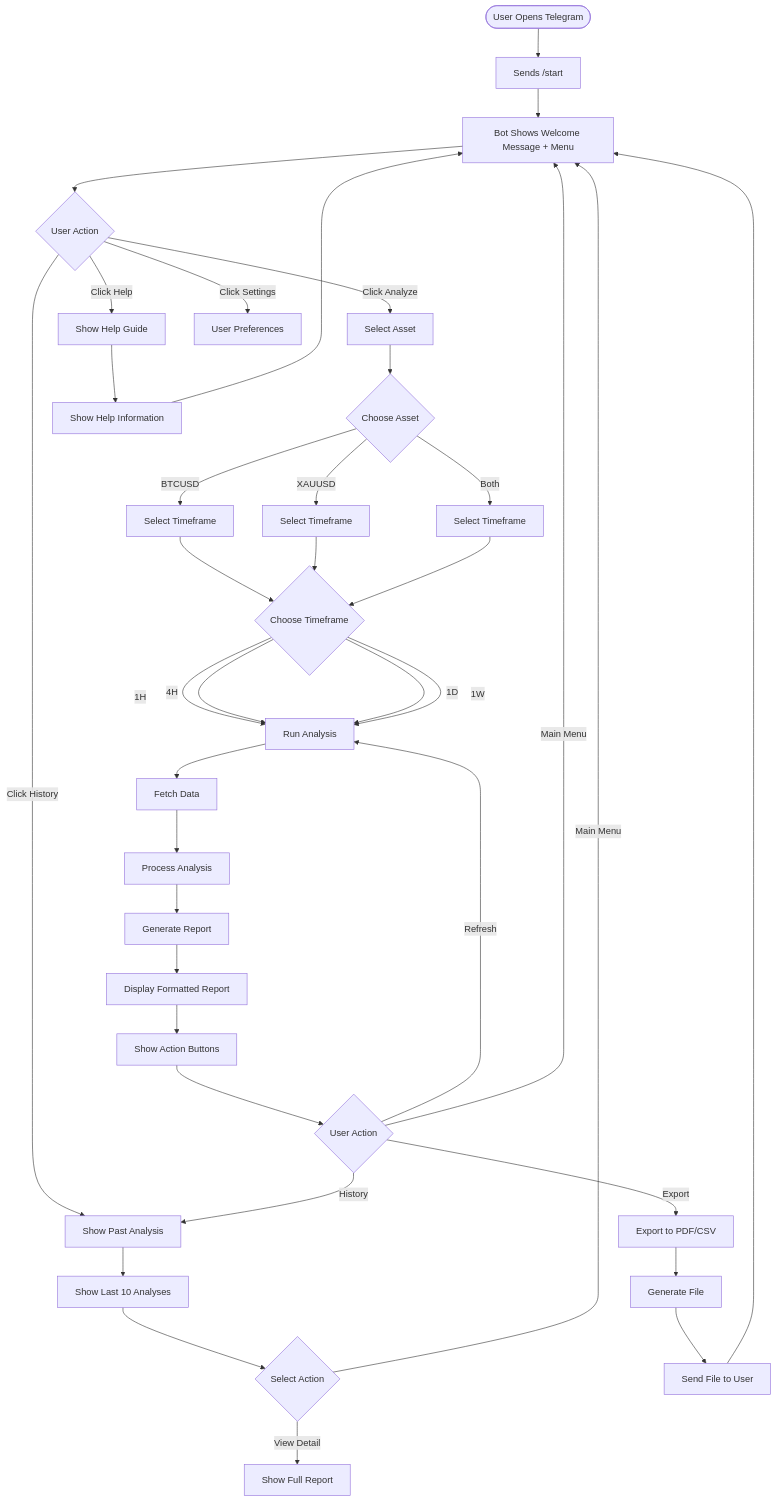
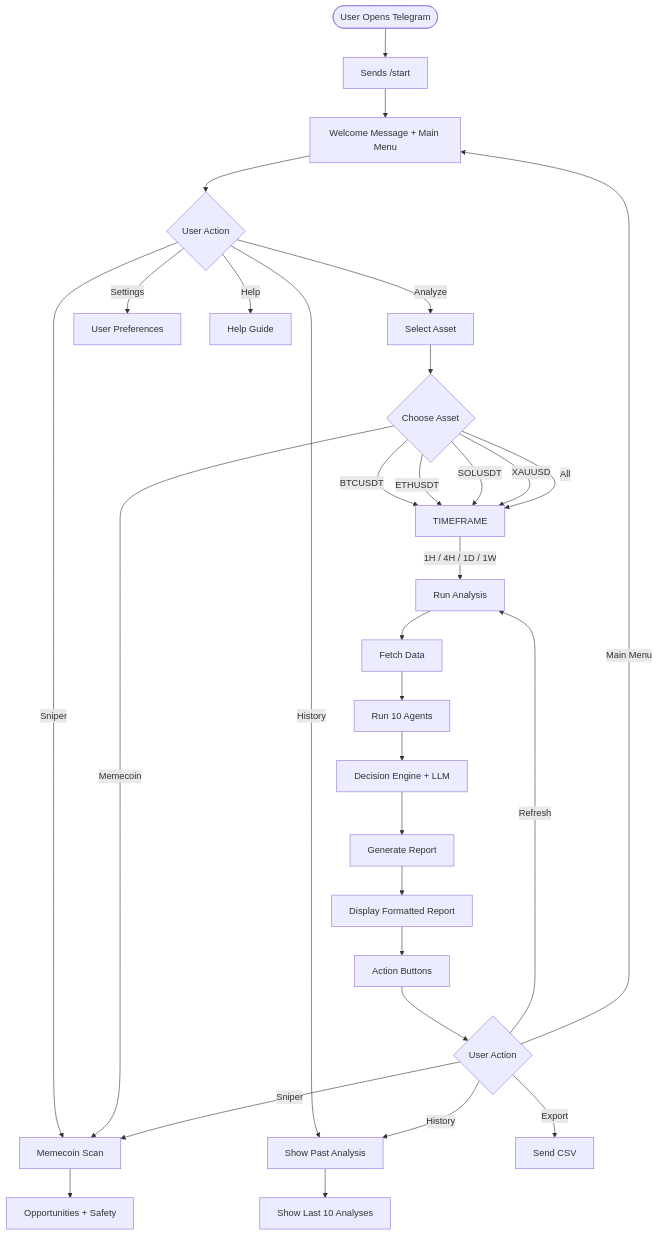
Before and after one commit to Sultanrayan/pkay-ai-analysis: the third of 4 diagrams in README.md, drawn with Mermaid. The commit also changed other lines of this file and 2 other files, not shown here.

````diff
--- a/README.md
+++ b/README.md
@@ -108,53 +181,39 @@
 ```mermaid
 flowchart TD
     START([User Opens Telegram]) --> START_CMD[Sends /start]
-    START_CMD --> WELCOME[Bot Shows Welcome Message + Menu]
-    
+    START_CMD --> WELCOME[Welcome Message + Main Menu]
+
     WELCOME --> MENU{User Action}
-    
-    MENU -->|"Click Analyze"| SELECT[Select Asset]
-    MENU -->|"Click History"| HISTORY[Show Past Analysis]
-    MENU -->|"Click Help"| HELP[Show Help Guide]
-    MENU -->|"Click Settings"| SETTINGS[User Preferences]
-    
+
+    MENU -->|"Analyze"| SELECT[Select Asset]
+    MENU -->|"Sniper"| SNIPER[Memecoin Scan]
+    MENU -->|"History"| HISTORY[Show Past Analysis]
+    MENU -->|"Settings"| SETTINGS[User Preferences]
+    MENU -->|"Help"| HELP[Help Guide]
+
     SELECT --> SELECT_ASSET{Choose Asset}
-    
-    SELECT_ASSET -->|BTCUSD| TIMEFRAME_BTC[Select Timeframe]
-    SELECT_ASSET -->|XAUUSD| TIMEFRAME_XAU[Select Timeframe]
-    SELECT_ASSET -->|Both| TIMEFRAME_BOTH[Select Timeframe]
-    
-    TIMEFRAME_BTC --> TIMEFRAME{Choose Timeframe}
-    TIMEFRAME_XAU --> TIMEFRAME
-    TIMEFRAME_BOTH --> TIMEFRAME
-    
-    TIMEFRAME -->|1H| ANALYZE[Run Analysis]
-    TIMEFRAME -->|4H| ANALYZE
-    TIMEFRAME -->|1D| ANALYZE
-    TIMEFRAME -->|1W| ANALYZE
-    
+    SELECT_ASSET -->|BTCUSDT| TIMEFRAME
+    SELECT_ASSET -->|ETHUSDT| TIMEFRAME
+    SELECT_ASSET -->|SOLUSDT| TIMEFRAME
+    SELECT_ASSET -->|XAUUSD| TIMEFRAME
+    SELECT_ASSET -->|All| TIMEFRAME
+    SELECT_ASSET -->|Memecoin| SNIPER
+
+    TIMEFRAME -->|1H / 4H / 1D / 1W| ANALYZE[Run Analysis]
     ANALYZE --> FETCH[Fetch Data]
-    FETCH --> PROCESS[Process Analysis]
-    PROCESS --> GEN_REPORT[Generate Report]
-    
+    FETCH --> PROCESS[Run 10 Agents]
+    PROCESS --> DECIDE[Decision Engine + LLM]
+    DECIDE --> GEN_REPORT[Generate Report]
+
     GEN_REPORT --> DISPLAY[Display Formatted Report]
-    DISPLAY --> BUTTONS[Show Action Buttons]
-    
+    DISPLAY --> BUTTONS[Action Buttons]
     BUTTONS --> ACTION{User Action}
-    
     ACTION -->|"Refresh"| ANALYZE
+    ACTION -->|"Export"| EXPORT[Send CSV]
+    ACTION -->|"Sniper"| SNIPER
     ACTION -->|"History"| HISTORY
-    ACTION -->|"Export"| EXPORT[Export to PDF/CSV]
     ACTION -->|"Main Menu"| WELCOME
-    
+
     HISTORY --> SHOW_HIST[Show Last 10 Analyses]
-    SHOW_HIST --> HIST_ACTION{Select Action}
-    HIST_ACTION -->|View Detail| SHOW_DETAIL[Show Full Report]
-    HIST_ACTION -->|Main Menu| WELCOME
-    
-    EXPORT --> GENERATE[Generate File]
-    GENERATE --> SEND_FILE[Send File to User]
-    SEND_FILE --> WELCOME
-    
-    HELP --> SHOW_HELP[Show Help Information]
-    SHOW_HELP --> WELCOME
+    SNIPER --> SNIPER_REPORT[Opportunities + Safety]
 ```
````
